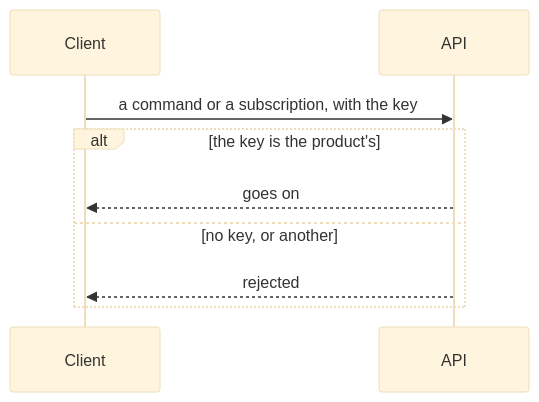
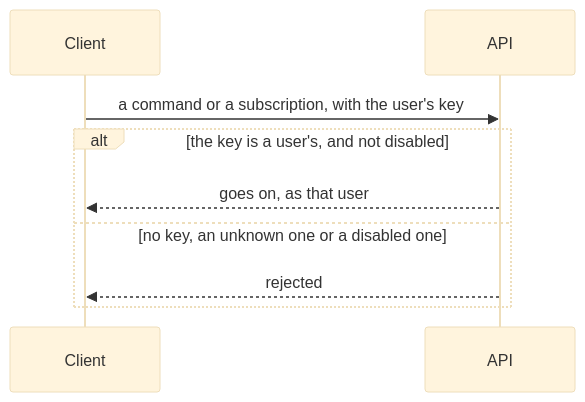
The diagram in flows/authenticate.md (Mikode13/harness-docs), drawn with Mermaid (base theme) before and after one commit. The commit also changed other lines of this file and 14 other files, not shown here.

First line of the commit message:
docs: set the shape of the data model, and give each user an API key (#3)

````diff
--- a/flows/authenticate.md
+++ b/flows/authenticate.md
@@ -9,12 +10,12 @@
 ```mermaid
 sequenceDiagram
     participant C as Client
     participant A as API
 
-    C->>A: a command or a subscription, with the key
-    alt the key is the product's
-        A-->>C: goes on
-    else no key, or another
+    C->>A: a command or a subscription, with the user's key
+    alt the key is a user's, and not disabled
+        A-->>C: goes on, as that user
+    else no key, an unknown one or a disabled one
         A-->>C: rejected
     end
 ```
````
